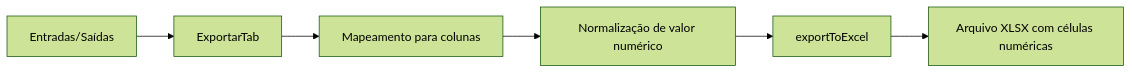
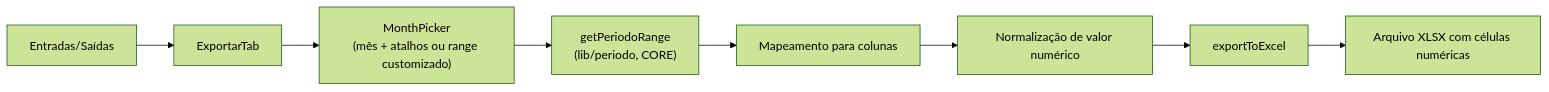
One commit to adrianoapc/igreja-carvalho changed the second of 15 diagrams in docs/diagramas/fluxo-financeiro.md. Above: the diagram before and after it, drawn with Mermaid (forest theme). The commit also changed other lines of this file and 2 other files, not shown here.

First line of the commit message:
feat(financeiro): usa o MonthPicker na tela de Exportações

````diff
--- a/docs/diagramas/fluxo-financeiro.md
+++ b/docs/diagramas/fluxo-financeiro.md
@@ -168,8 +174,10 @@
 ```mermaid
 flowchart LR
     UI[Entradas/Saídas] --> TAB[ExportarTab]
-    TAB --> MAP[Mapeamento para colunas]
+    TAB --> MP["MonthPicker\n(mês + atalhos ou range customizado)"]
+    MP --> PERIODO["getPeriodoRange\n(lib/periodo, CORE)"]
+    PERIODO --> MAP[Mapeamento para colunas]
     MAP --> NORMALIZE[Normalização de valor numérico]
     NORMALIZE --> XLSX[exportToExcel]
     XLSX --> FILE[Arquivo XLSX com células numéricas]
 ```
````
